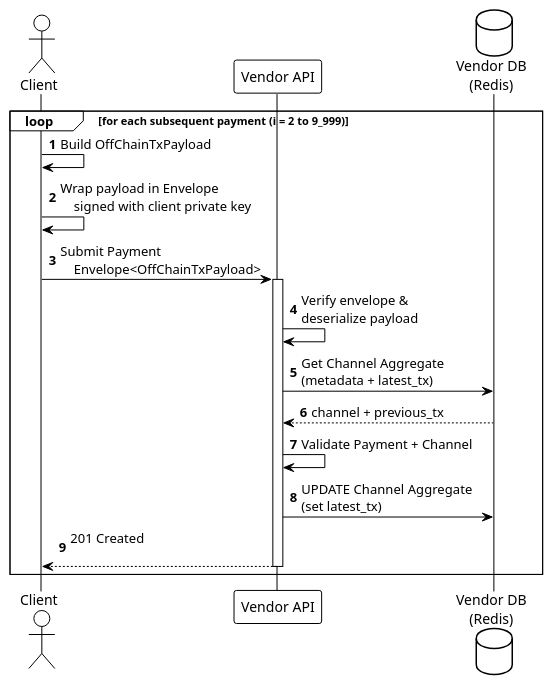
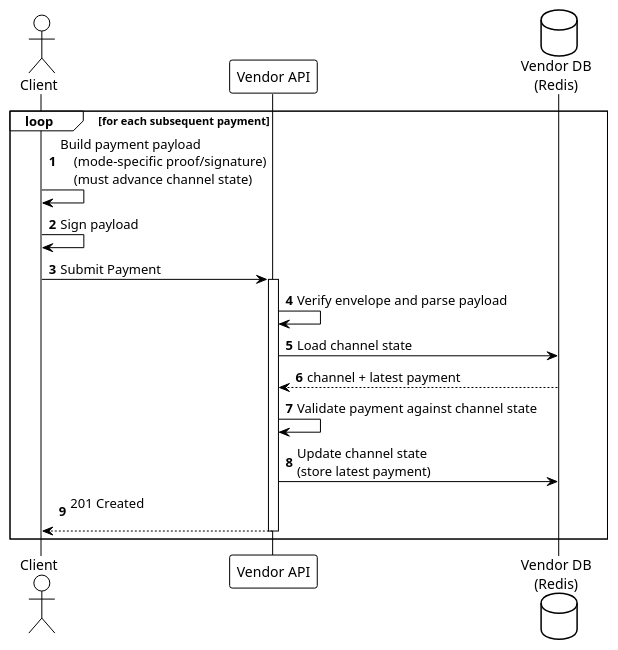
One commit to otaviootavio/nanomoni changed the diagram in umls/phase2b-subsequent-payments.puml. Above: the diagram before and after it, drawn with PlantUML. The commit also changed 73 other files, not shown here.

First line of the commit message:
Refactor payment channel handling and update terminology

```diff
--- a/umls/phase2b-subsequent-payments.puml
+++ b/umls/phase2b-subsequent-payments.puml
@@ -1,32 +1,32 @@
 @startuml Phase2b_Subsequent_Payments
 
 !theme plain
 autonumber
 
 actor "Client" as Client
 participant "Vendor API" as Vendor
 database "Vendor DB\n(Redis)" as VendorDB
 
-loop for each subsequent payment (i = 2 to 9_999)
+loop for each subsequent payment
 
-    Client -> Client: Build OffChainTxPayload
-    Client -> Client: Wrap payload in Envelope\n    signed with client private key
+    Client -> Client: Build payment payload\n    (mode-specific proof/signature)\n    (must advance channel state)
+    Client -> Client: Sign payload
 
-    Client -> Vendor: Submit Payment\n    Envelope<OffChainTxPayload>
+    Client -> Vendor: Submit Payment
     activate Vendor
 
-    Vendor -> Vendor: Verify envelope &\ndeserialize payload
+    Vendor -> Vendor: Verify envelope and parse payload
 
-    Vendor -> VendorDB: Get Channel Aggregate\n(metadata + latest_tx)
-    VendorDB --> Vendor: channel + previous_tx
+    Vendor -> VendorDB: Load channel state
+    VendorDB --> Vendor: channel + latest payment
 
-    Vendor -> Vendor: Validate Payment + Channel
+    Vendor -> Vendor: Validate payment against channel state
 
-    Vendor -> VendorDB: UPDATE Channel Aggregate\n(set latest_tx)
+    Vendor -> VendorDB: Update channel state\n(store latest payment)
     
     Vendor --> Client: 201 Created\n
     deactivate Vendor
 
 end
 
 @enduml
```
